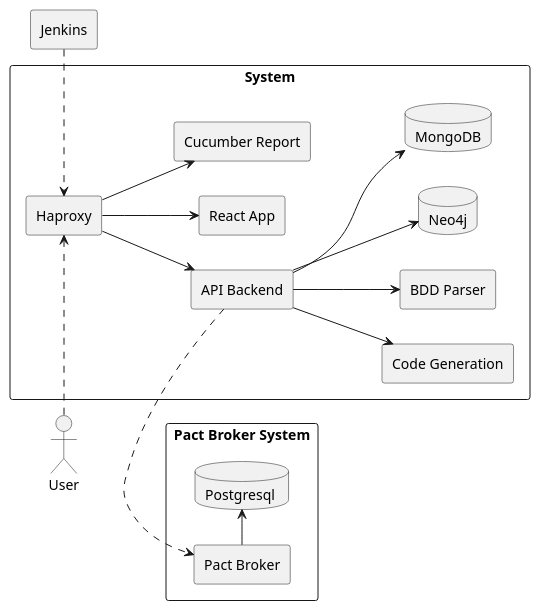
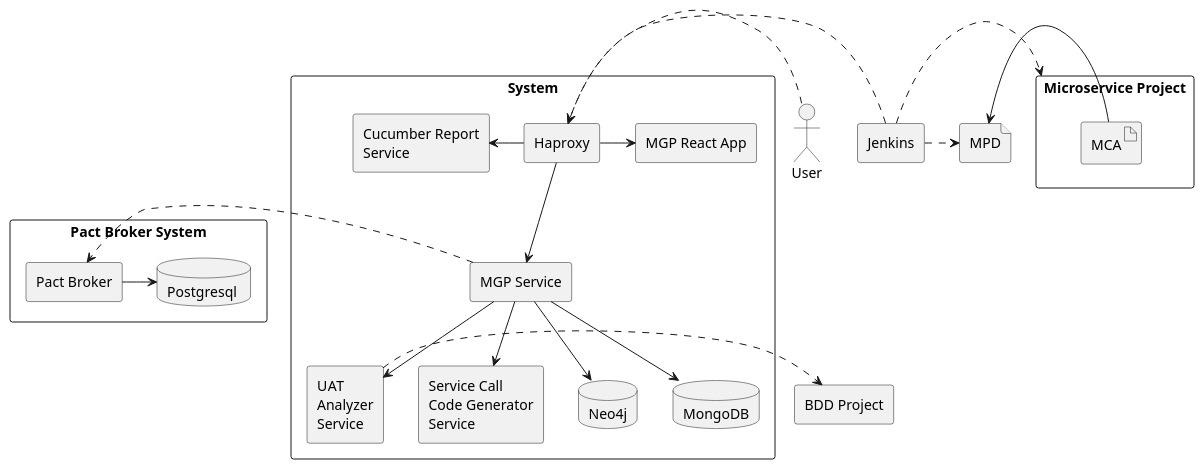
One commit to b4456609/mgp-back changed the diagram in diagram/deployment.puml. Above: the diagram before and after it, drawn with PlantUML. The commit also changed 3 other files, not shown here.

Commit message:
update diagram

```diff
--- a/diagram/deployment.puml
+++ b/diagram/deployment.puml
@@ -1,33 +1,40 @@
 @startuml
-left to right direction
+'scale 1.5
 Actor User as u
 rectangle Jenkins as j
+rectangle "BDD Project" as bdd
 
 rectangle "Pact Broker System" {
     rectangle "Pact Broker" as pb
     database "Postgresql " as pg
     pb -> pg
 }
+rectangle "Microservice Project" as mp {
+    artifact MCA as mca
+}
+file MPD as mpd
 rectangle "System"{
     rectangle Haproxy as ha
-    rectangle "React App" as ra
-    rectangle "Code Generation" as cg
-    rectangle "BDD Parser" as bp
-    rectangle "Cucumber Report" as cr
-    rectangle "API Backend" as ab
+    rectangle "MGP React App" as ra
+    rectangle "Service Call\nCode Generator\nService" as cg
+    rectangle "UAT\nAnalyzer\nService" as bp
+    rectangle "Cucumber Report\nService" as cr
+    rectangle "MGP Service" as ab
     database "Neo4j" as n
     database "MongoDB" as m
-    ha -d-> ra
-    ha -d-> cr
+    ha -> ra
+    ha -l-> cr
     ha -d-> ab
     ab -d-> n
     ab -d-> m
     ab -d-> cg
     ab -d-> bp
 }
-
+bp .> bdd
 u .> ha
 j .> ha
 ab .> pb
-
+j .> mp
+mca -> mpd
+j .> mpd
 @enduml
```
